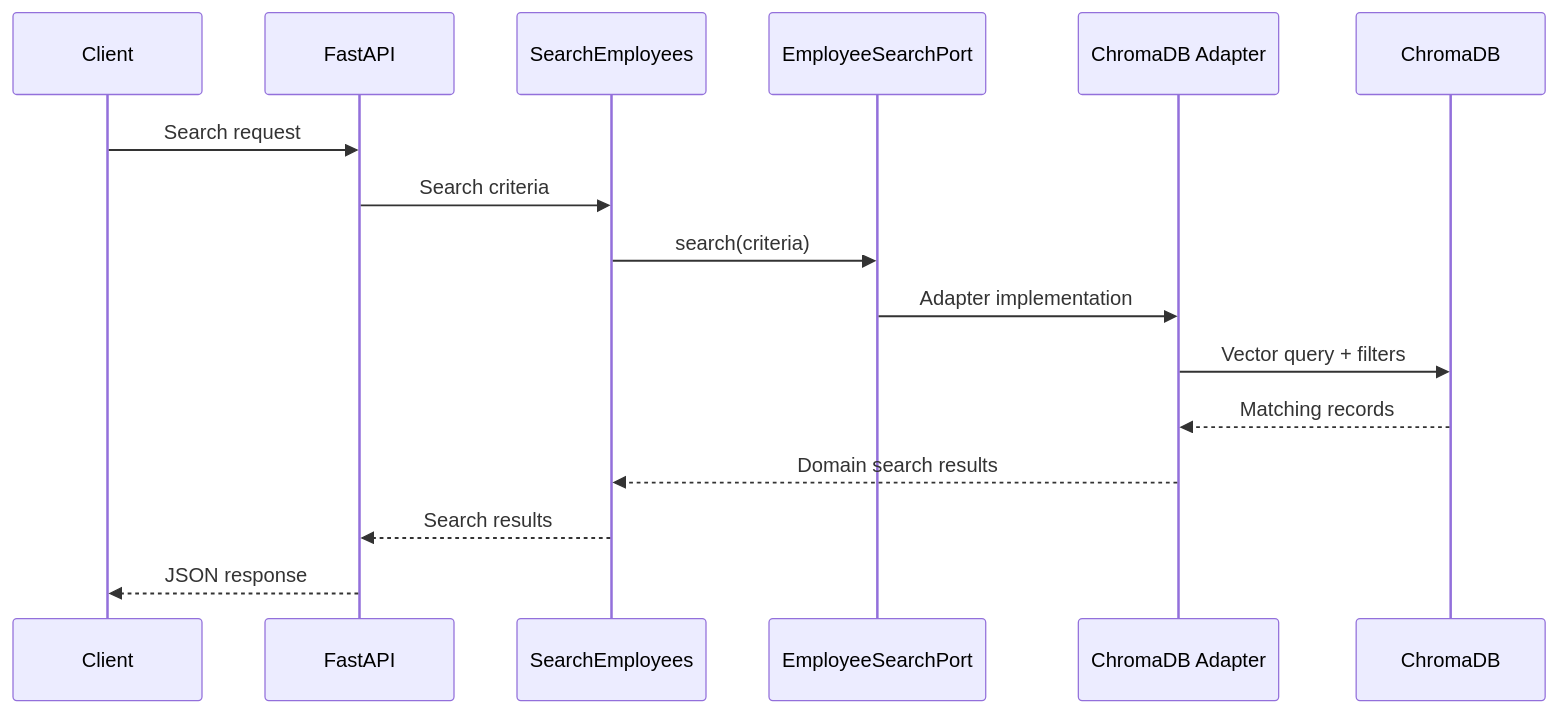
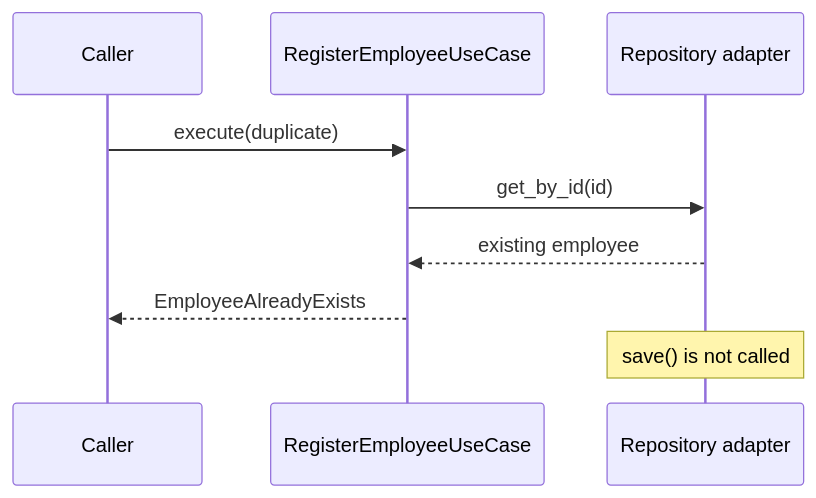
Diagram 11 of 12 in course3/instructions.md (Thommans-Playground/coursera-IBM-RAG-Agentic-AI-Professional-Certificate), drawn with Mermaid before and after one commit. The commit also changed other lines of this file, not shown here.

````diff
--- a/course3/instructions.md
+++ b/course3/instructions.md
@@ -867,19 +696,11 @@
 ```mermaid
 sequenceDiagram
-    participant Client
-    participant API as FastAPI
-    participant UC as SearchEmployees
-    participant Port as EmployeeSearchPort
-    participant Adapter as ChromaDB Adapter
-    participant DB as ChromaDB
-
-    Client->>API: Search request
-    API->>UC: Search criteria
-    UC->>Port: search(criteria)
-    Port->>Adapter: Adapter implementation
-    Adapter->>DB: Vector query + filters
-    DB-->>Adapter: Matching records
-    Adapter-->>UC: Domain search results
-    UC-->>API: Search results
-    API-->>Client: JSON response
+    participant Caller
+    participant UC as RegisterEmployeeUseCase
+    participant Repo as Repository adapter
+    Caller->>UC: execute(duplicate)
+    UC->>Repo: get_by_id(id)
+    Repo-->>UC: existing employee
+    UC-->>Caller: EmployeeAlreadyExists
+    Note over Repo: save() is not called
 ```
````
